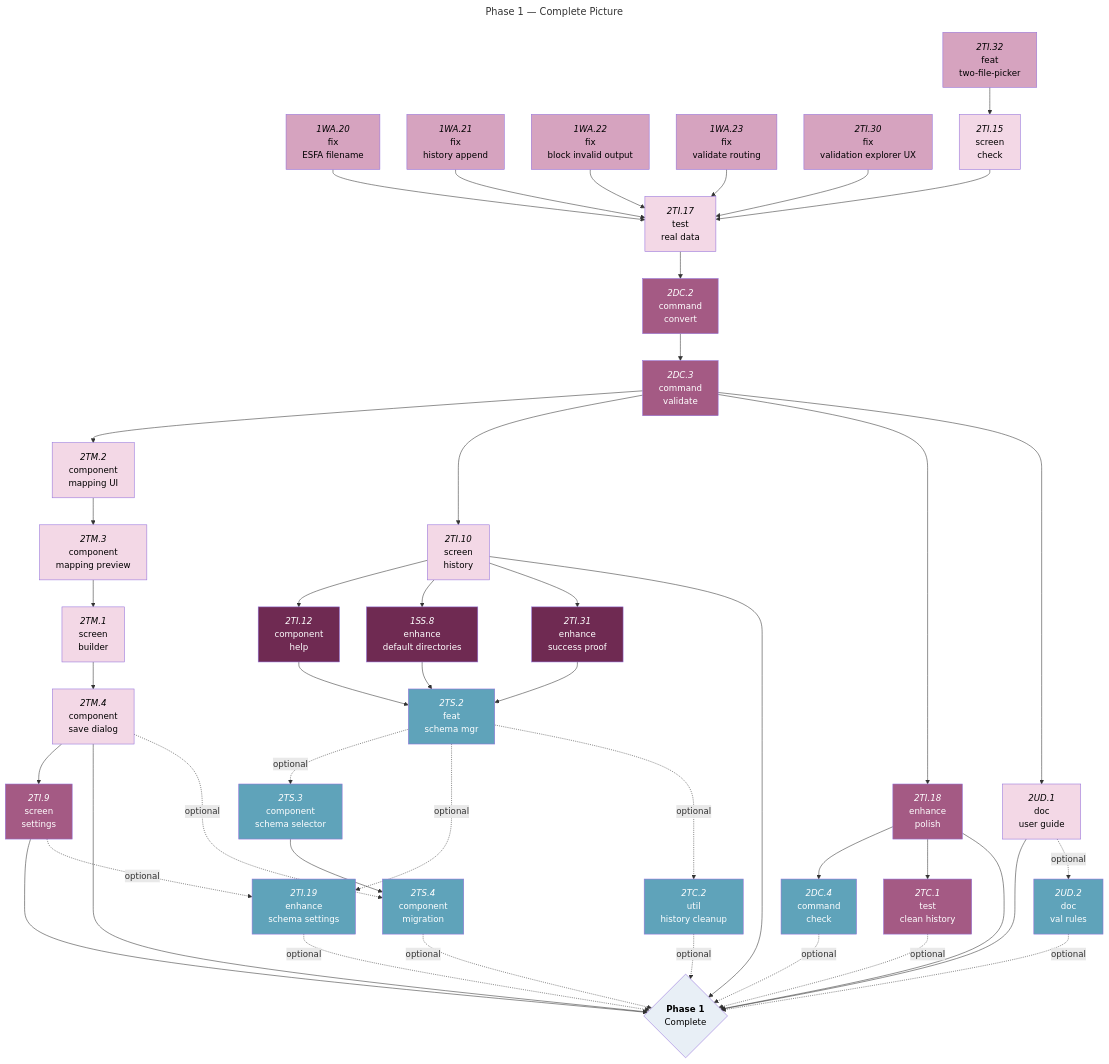
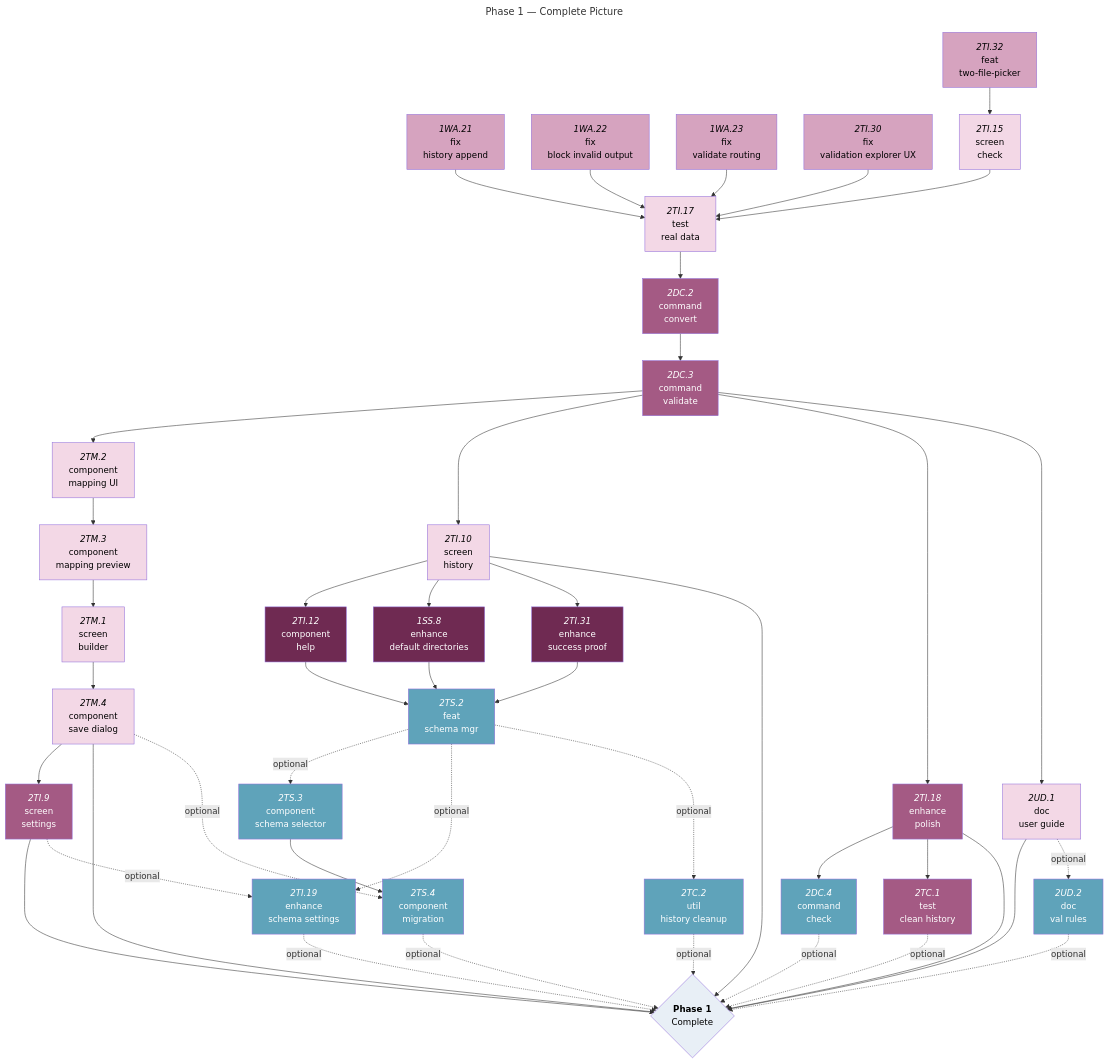
Before and after one commit to foundersandcoders/iris: the fifth of 5 diagrams in docs/roadmaps/phase-1-mvp-features.md, drawn with Mermaid. The commit also changed other lines of this file, not shown here.

Commit message:
docs: update roadmap

````diff
--- a/docs/roadmaps/phase-1-mvp-features.md
+++ b/docs/roadmaps/phase-1-mvp-features.md
@@ -335,79 +334,78 @@
 ```mermaid
 ---
 title: Phase 1 — Complete Picture
 ---
 graph TD
 
 %% M2A Open — bugs/fixes before real-data testing %%
-1WA.20["`*1WA.20*<br/>fix<br/>ESFA filename`"]:::must-open
 1WA.21["`*1WA.21*<br/>fix<br/>history append`"]:::must-open
 1WA.22["`*1WA.22*<br/>fix<br/>block invalid output`"]:::must-open
 1WA.23["`*1WA.23*<br/>fix<br/>validate routing`"]:::must-open
 2TI.30["`*2TI.30*<br/>fix<br/>validation explorer UX`"]:::must-open
 2TI.32["`*2TI.32*<br/>feat<br/>two-file-picker`"]:::must-open
 2TI.15["`*2TI.15*<br/>screen<br/>check`"]:::must-blocked
 2TI.12["`*2TI.12*<br/>component<br/>help`"]:::should-open
 1SS.8["`*1SS.8*<br/>enhance<br/>default directories`"]:::should-open
 2TI.31["`*2TI.31*<br/>enhance<br/>success proof`"]:::should-open
 2TI.17["`*2TI.17*<br/>test<br/>real data`"]:::must-blocked
 
 %% M2B Tasks %%
 2DC.2["`*2DC.2*<br/>command<br/>convert`"]:::should-blocked
 2DC.3["`*2DC.3*<br/>command<br/>validate`"]:::should-blocked
 2DC.4["`*2DC.4*<br/>command<br/>check`"]:::could-blocked
 
 %% M2C Tasks %%
 2TM.2["`*2TM.2*<br/>component<br/>mapping UI`"]:::must-blocked
 2TM.3["`*2TM.3*<br/>component<br/>mapping preview`"]:::must-blocked
 2TM.1["`*2TM.1*<br/>screen<br/>builder`"]:::must-blocked
 2TM.4["`*2TM.4*<br/>component<br/>save dialog`"]:::must-blocked
 2TI.9["`*2TI.9*<br/>screen<br/>settings`"]:::should-blocked
 2TS.2["`*2TS.2*<br/>feat<br/>schema mgr`"]:::could-blocked
 2TS.3["`*2TS.3*<br/>component<br/>schema selector`"]:::could-blocked
 2TS.4["`*2TS.4*<br/>component</br>migration`"]:::could-blocked
 2TI.19["`*2TI.19*<br/>enhance<br/>schema settings`"]:::could-blocked
 2TI.10["`*2TI.10*<br/>screen<br/>history`"]:::must-blocked
 2TI.18["`*2TI.18*<br/>enhance<br/>polish`"]:::should-blocked
 2TC.1["`*2TC.1*<br/>test<br/>clean history`"]:::should-blocked
 2UD.1["`*2UD.1*<br/>doc<br/>user guide`"]:::must-blocked
 2UD.2["`*2UD.2*<br/>doc<br/>val rules`"]:::could-blocked
 2TC.2["`*2TC.2*<br/>util<br/>history cleanup`"]:::could-blocked
 
 %% Milestone nodes %%
 phase1{"`**Phase 1**<br/>Complete`"}:::mile
 
 %% M2A Dependencies %%
 2TI.32 --> 2TI.15
-1WA.20 & 1WA.21 & 1WA.22 & 1WA.23 & 2TI.30 & 2TI.15 --> 2TI.17
+1WA.21 & 1WA.22 & 1WA.23 & 2TI.30 & 2TI.15 --> 2TI.17
 
 %% M2B Dependencies %%
 2TI.17 --> 2DC.2
 2DC.2 --> 2DC.3
 2DC.3 --> 2TM.2 & 2TI.10 & 2TI.18 & 2UD.1
 
 %% M2C Dependencies %%
 2TM.2 --> 2TM.3
 2TM.3 --> 2TM.1
 2TM.1 --> 2TM.4
 2TM.4 --> 2TI.9
 2TI.10 --> 2TI.12 & 1SS.8 & 2TI.31
 2TI.12 & 1SS.8 & 2TI.31 --> 2TS.2
 2TI.18 --> 2DC.4 & 2TC.1
 2TS.3 --> 2TS.4
 2TI.9 & 2TI.10 & 2TI.18 & 2UD.1 & 2TM.4 --> phase1
 
 %% OPTIONAL %%
 2UD.1 -.->|optional| 2UD.2
 2TI.9 -.->|optional| 2TI.19
 2TM.4 -.->|optional| 2TS.4
 2TS.2 -.->|optional| 2TS.3 & 2TI.19 & 2TC.2
 2DC.4 & 2TI.19 & 2TS.4 & 2UD.2 & 2TC.1 & 2TC.2 -.->|optional| phase1
 
 classDef must-open fill:#D6A3BF,color:#000;
 classDef must-blocked fill:#F3D8E6,color:#000;
 classDef should-open fill:#6F2A52,color:#fff;
 classDef should-blocked fill:#A45A84,color:#fff;
 classDef could-open fill:#3E7F96,color:#fff;
 classDef could-blocked fill:#5FA3BA,color:#fff;
 classDef mile fill:#E8EFF6,color:#000;
 ```
````
